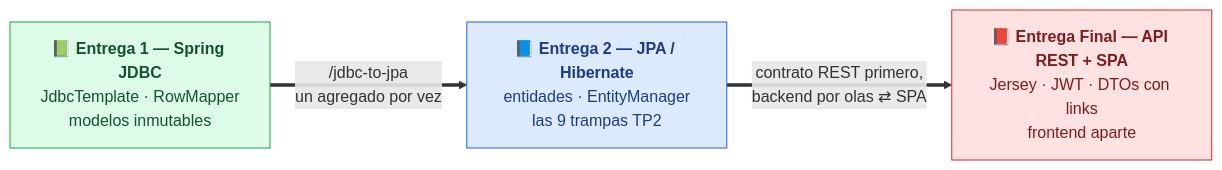
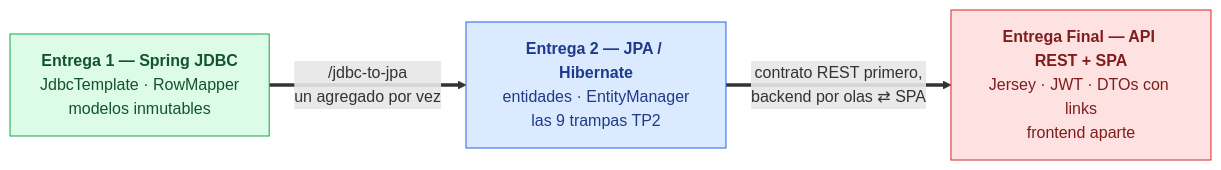
The second of 3 diagrams in README.md (SebasCaules/PAW-AgenticCoding-Kit), drawn with Mermaid before and after one commit. The commit also changed other lines of this file and 3 other files, not shown here.

Commit message:
feat: add SVG diagrams for kit overview — include dark and light mode versions

````diff
--- a/README.md
+++ b/README.md
@@ -173,16 +126,16 @@
 ```mermaid
 flowchart LR
-    E1["📗 <b>Entrega 1 — Spring JDBC</b><br/>JdbcTemplate · RowMapper<br/>modelos inmutables"]
-    E2["📘 <b>Entrega 2 — JPA / Hibernate</b><br/>entidades · EntityManager<br/>las 9 trampas TP2"]
-    EF["📕 <b>Entrega Final — API REST + SPA</b><br/>Jersey · JWT · DTOs con links<br/>frontend aparte"]
+    E1["<b>Entrega 1 — Spring JDBC</b><br/>JdbcTemplate · RowMapper<br/>modelos inmutables"]
+    E2["<b>Entrega 2 — JPA / Hibernate</b><br/>entidades · EntityManager<br/>las 9 trampas TP2"]
+    EF["<b>Entrega Final — API REST + SPA</b><br/>Jersey · JWT · DTOs con links<br/>frontend aparte"]
 
     E1 == "/jdbc-to-jpa<br/>un agregado por vez" ==> E2
     E2 == "contrato REST primero,<br/>backend por olas ⇄ SPA" ==> EF
 
     classDef e1 fill:#DCFCE7,stroke:#16A34A,color:#14532D
     classDef e2 fill:#DBEAFE,stroke:#2563EB,color:#1E3A8A
     classDef ef fill:#FEE2E2,stroke:#DC2626,color:#7F1D1D
     class E1 e1
     class E2 e2
     class EF ef
 ```
````
